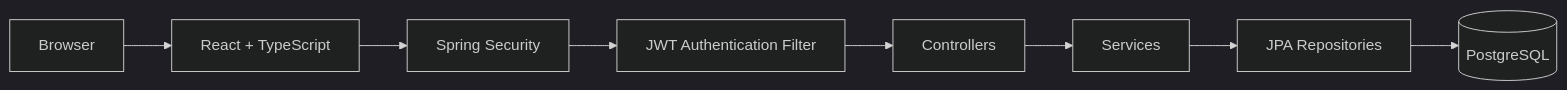
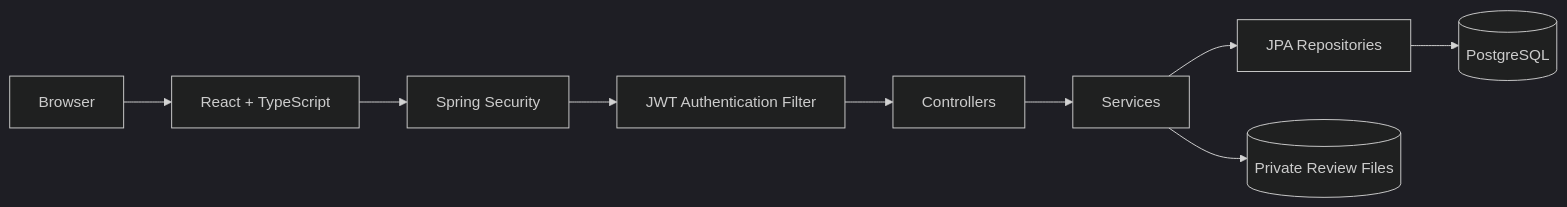
Before and after one commit to Aibek-koken/Activity-Monitoring: the diagram in README.md, drawn with Mermaid (dark theme). The commit also changed other lines of this file and 147 other files, not shown here.

````diff
--- a/README.md
+++ b/README.md
@@ -29,10 +34,11 @@
 ```mermaid
 flowchart LR
     A[Browser] --> B[React + TypeScript]
     B --> C[Spring Security]
     C --> D[JWT Authentication Filter]
     D --> E[Controllers]
     E --> F[Services]
     F --> G[JPA Repositories]
     G --> H[(PostgreSQL)]
+    F --> I[(Private Review Files)]
 ```
````
